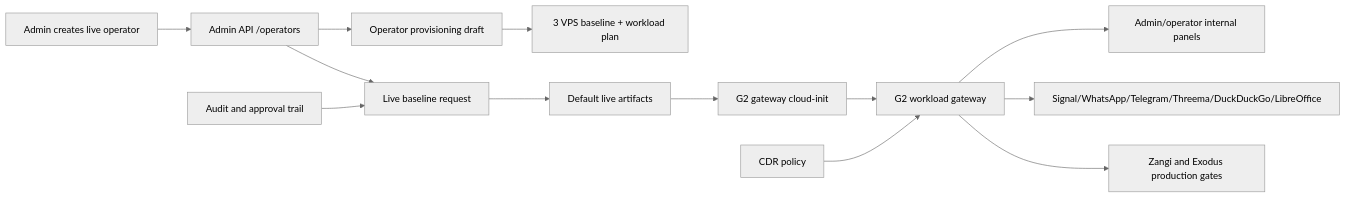
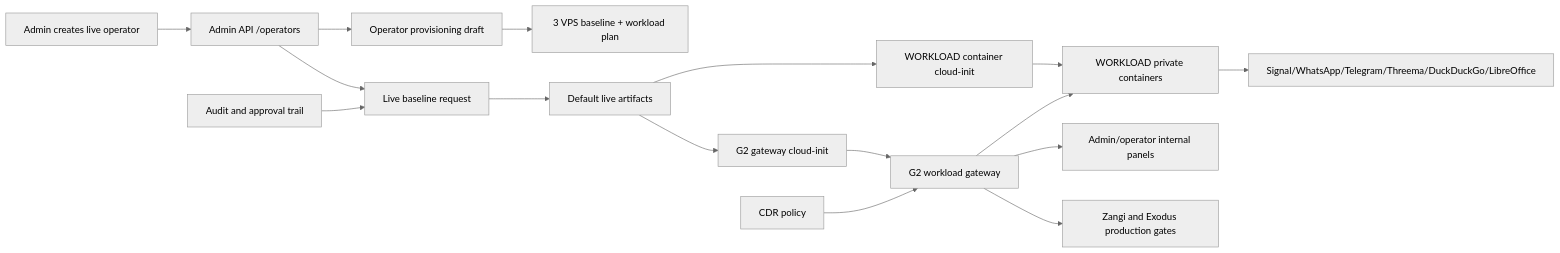
One commit to officemexel-hash/sylion_secure changed the diagram in docs/admin-panel-v2/85-step3-44-automatic-g2-gateway-provisioning.md. Above: the diagram before and after it, drawn with Mermaid (neutral theme). The commit also changed other lines of this file and 4 other files, not shown here.

Commit message:
Add default workload container bootstrap artifacts

````diff
--- a/docs/admin-panel-v2/85-step3-44-automatic-g2-gateway-provisioning.md
+++ b/docs/admin-panel-v2/85-step3-44-automatic-g2-gateway-provisioning.md
@@ -34,15 +37,18 @@
 ```mermaid
 flowchart LR
     Admin["Admin creates live operator"] --> API["Admin API /operators"]
     API --> Draft["Operator provisioning draft"]
     Draft --> LocalPlan["3 VPS baseline + workload plan"]
     API --> LiveBaseline["Live baseline request"]
     LiveBaseline --> Artifacts["Default live artifacts"]
     Artifacts --> G2CloudInit["G2 gateway cloud-init"]
+    Artifacts --> WorkloadCloudInit["WORKLOAD container cloud-init"]
     G2CloudInit --> G2["G2 workload gateway"]
+    WorkloadCloudInit --> Workload["WORKLOAD private containers"]
     G2 --> Panels["Admin/operator internal panels"]
-    G2 --> Workloads["Signal/WhatsApp/Telegram/Threema/DuckDuckGo/LibreOffice"]
+    G2 --> Workload
+    Workload --> Workloads["Signal/WhatsApp/Telegram/Threema/DuckDuckGo/LibreOffice"]
     G2 --> Gates["Zangi and Exodus production gates"]
     CDR["CDR policy"] --> G2
     Audit["Audit and approval trail"] --> LiveBaseline
 ```
````
